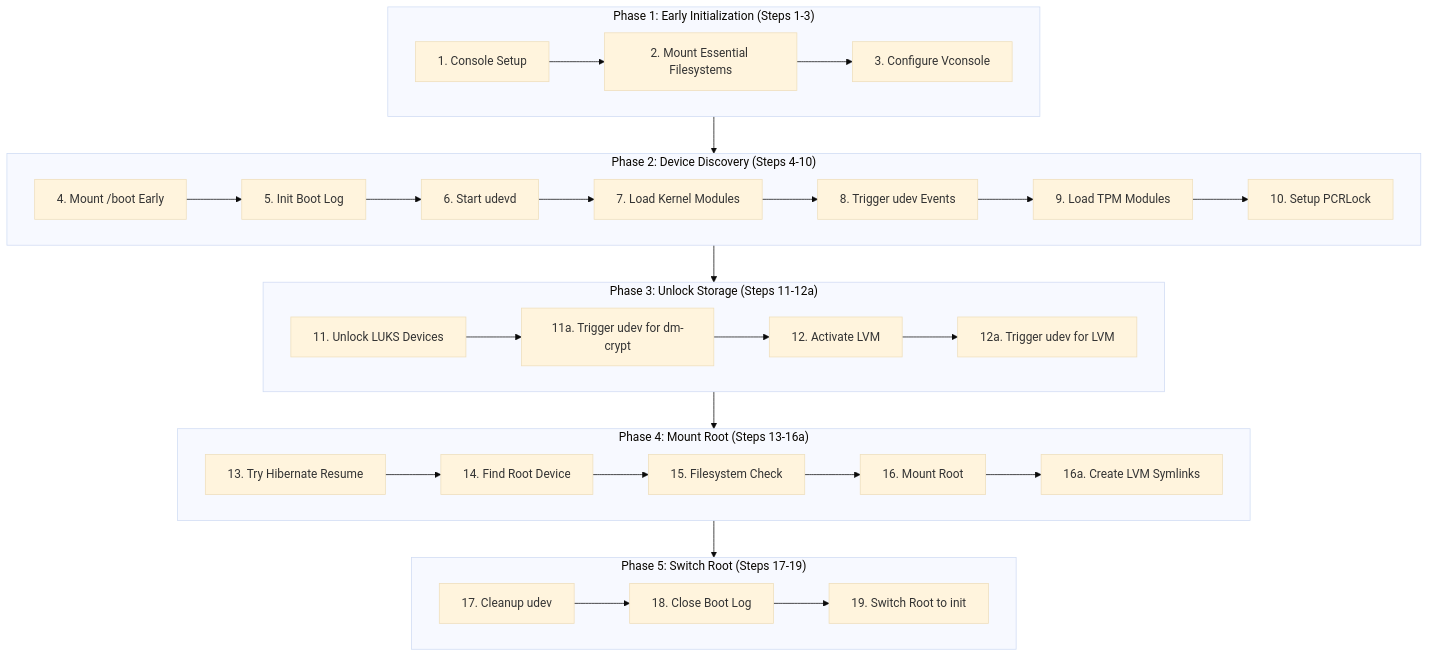
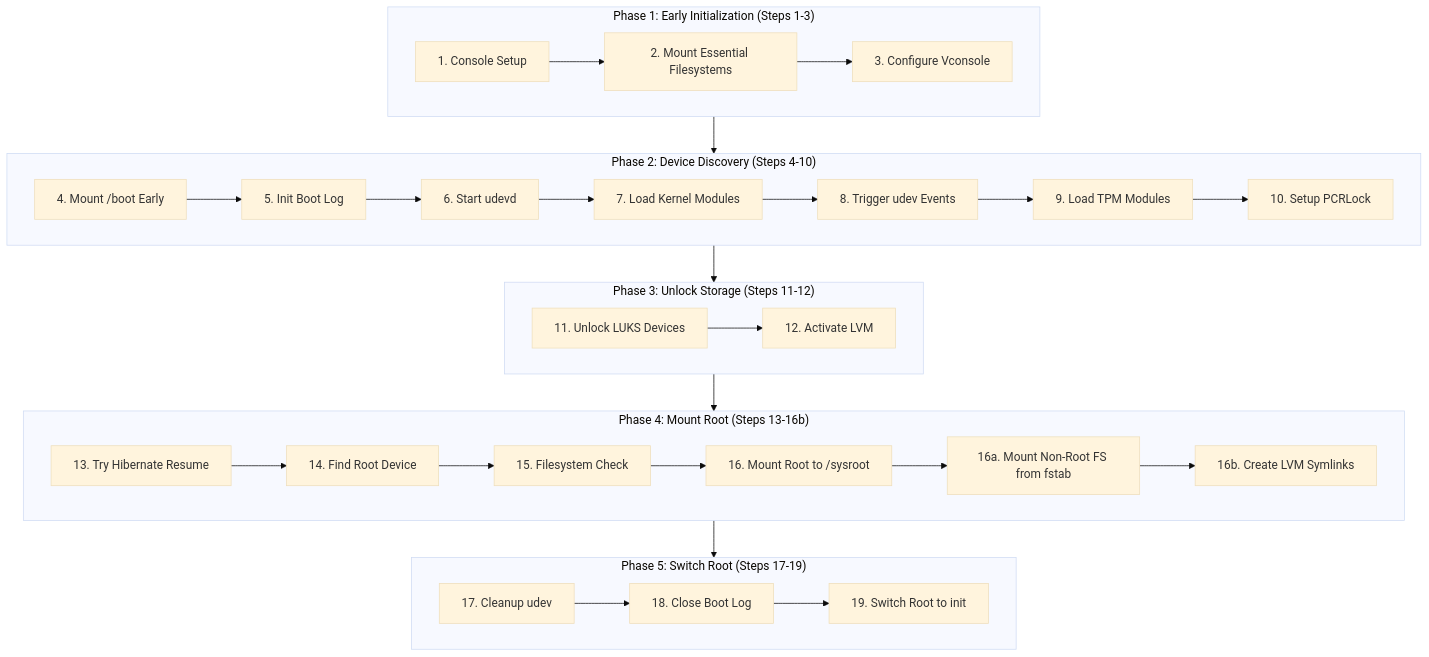
Before and after one commit to zaolin/vanguard: the first of 11 diagrams in docs/boot-flow.md, drawn with Mermaid (base theme). The commit also changed other lines of this file and 3 other files, not shown here.

````diff
--- a/docs/boot-flow.md
+++ b/docs/boot-flow.md
@@ -11,39 +11,38 @@
 ```mermaid
 flowchart TD
     subgraph phase1["Phase 1: Early Initialization (Steps 1-3)"]
         A[1. Console Setup] --> B[2. Mount Essential Filesystems]
         B --> C[3. Configure Vconsole]
     end
 
     subgraph phase2["Phase 2: Device Discovery (Steps 4-10)"]
         D[4. Mount /boot Early] --> E[5. Init Boot Log]
         E --> F[6. Start udevd]
         F --> G[7. Load Kernel Modules]
         G --> H[8. Trigger udev Events]
         H --> I[9. Load TPM Modules]
         I --> J[10. Setup PCRLock]
     end
 
-    subgraph phase3["Phase 3: Unlock Storage (Steps 11-12a)"]
-        K[11. Unlock LUKS Devices] --> L[11a. Trigger udev for dm-crypt]
-        L --> M[12. Activate LVM]
-        M --> N[12a. Trigger udev for LVM]
+    subgraph phase3["Phase 3: Unlock Storage (Steps 11-12)"]
+        K[11. Unlock LUKS Devices] --> L[12. Activate LVM]
     end
 
-    subgraph phase4["Phase 4: Mount Root (Steps 13-16a)"]
-        O[13. Try Hibernate Resume] --> P[14. Find Root Device]
-        P --> Q[15. Filesystem Check]
-        Q --> R[16. Mount Root]
-        R --> S[16a. Create LVM Symlinks]
+    subgraph phase4["Phase 4: Mount Root (Steps 13-16b)"]
+        M[13. Try Hibernate Resume] --> N[14. Find Root Device]
+        N --> O[15. Filesystem Check]
+        O --> P[16. Mount Root to /sysroot]
+        P --> Q[16a. Mount Non-Root FS from fstab]
+        Q --> R[16b. Create LVM Symlinks]
     end
 
     subgraph phase5["Phase 5: Switch Root (Steps 17-19)"]
-        T[17. Cleanup udev] --> U[18. Close Boot Log]
-        U --> V[19. Switch Root to init]
+        S[17. Cleanup udev] --> T[18. Close Boot Log]
+        T --> U[19. Switch Root to init]
     end
 
     phase1 --> phase2
     phase2 --> phase3
     phase3 --> phase4
     phase4 --> phase5
 ```
````
